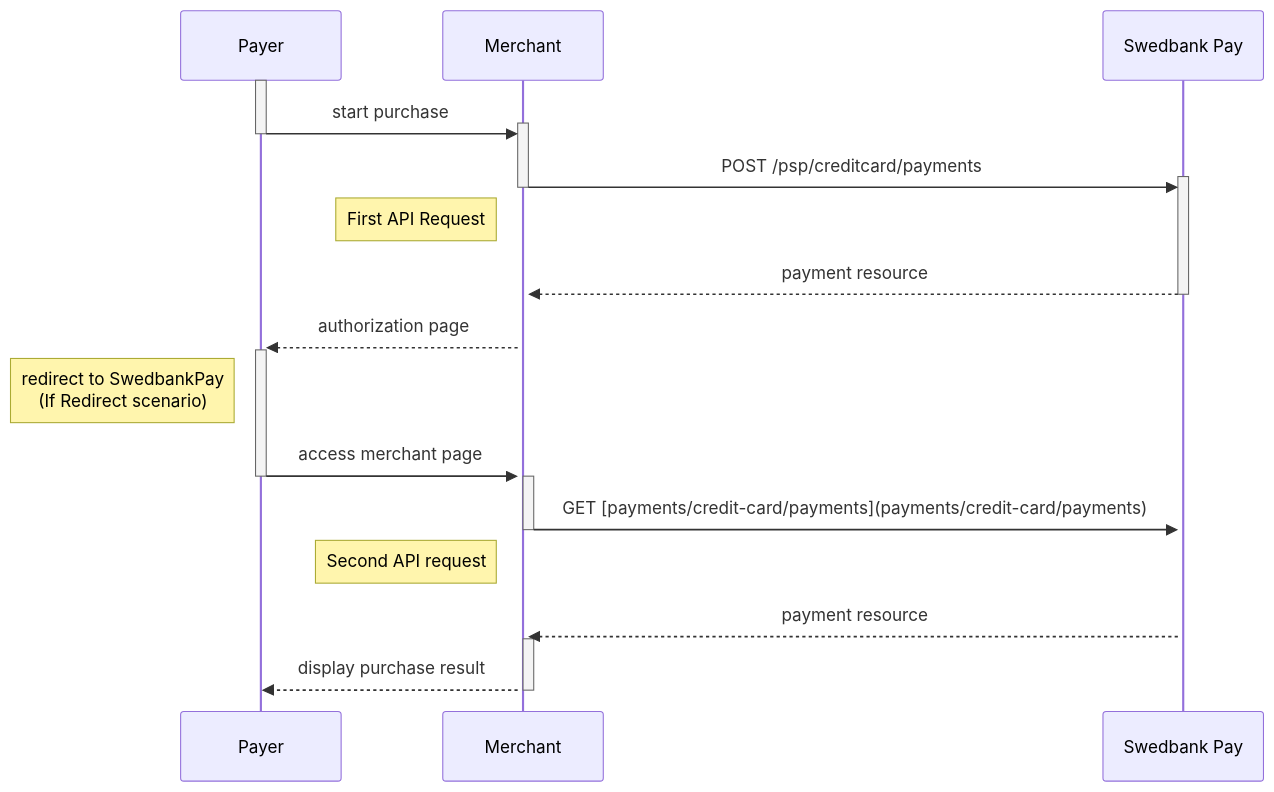
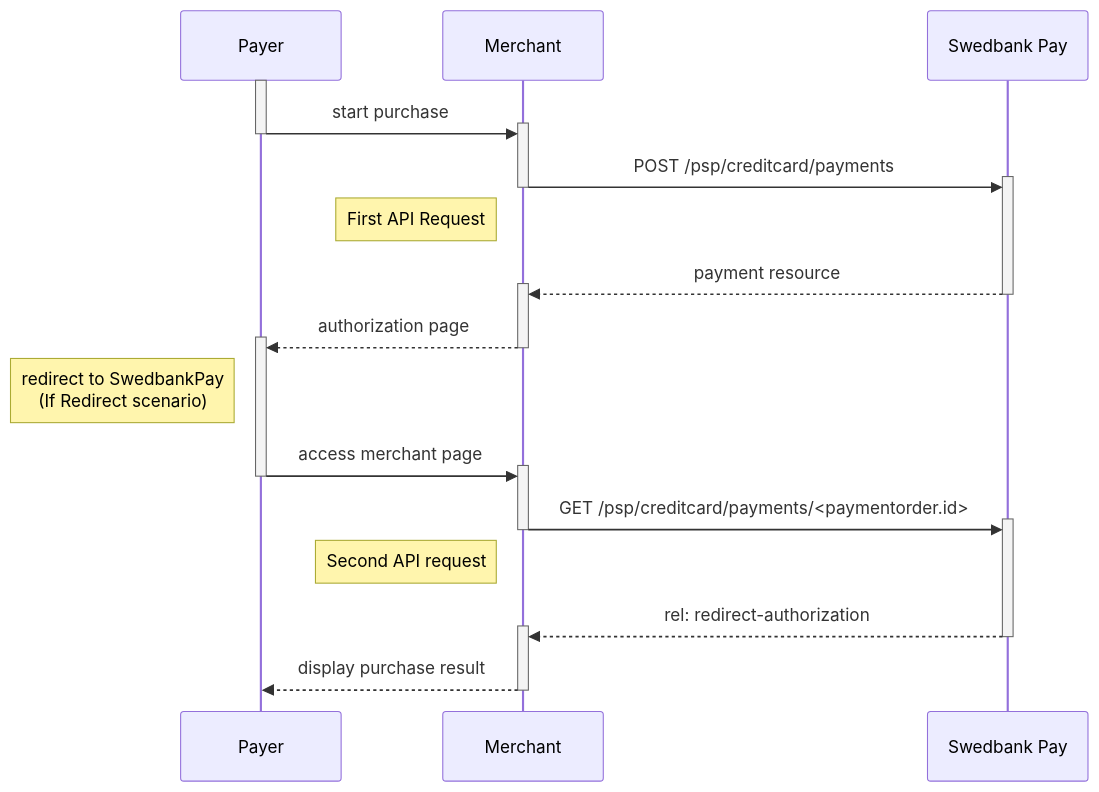
Before and after one commit to SwedbankPay/developer.swedbankpay.com: the first of 2 diagrams in payments/credit-card/index.md, drawn with Mermaid. The commit also changed other lines of this file and 3 other files, not shown here.

Commit message:
DX-384 editing sequence diagram in Introduction

````diff
--- a/payments/credit-card/index.md
+++ b/payments/credit-card/index.md
@@ -117,25 +117,26 @@
 ```mermaid
 sequenceDiagram
     participant Payer
     participant Merchant
     participant SwedbankPay as Swedbank Pay
 
     activate Payer
     Payer->>+Merchant: start purchase
     deactivate Payer
     Merchant->>+SwedbankPay: POST /psp/creditcard/payments
     deactivate Merchant
     note left of Merchant: First API Request
     SwedbankPay-->>+Merchant: payment resource
     deactivate SwedbankPay
     Merchant-->>+Payer: authorization page
+    deactivate Merchant
     note left of Payer: redirect to SwedbankPay<br>(If Redirect scenario)
-
     Payer->>+Merchant: access merchant page
     deactivate Payer
-    Merchant->>+SwedbankPay: GET [payments/credit-card/payments](payments/credit-card/payments)
+    Merchant->>+SwedbankPay: GET /psp/creditcard/payments/<paymentorder.id>
     deactivate Merchant
     note left of Merchant: Second API request
-    SwedbankPay-->>+Merchant: payment resource
+    SwedbankPay-->>+Merchant: rel: redirect-authorization
+    deactivate SwedbankPay
     Merchant-->>-Payer: display purchase result
 ```
````
